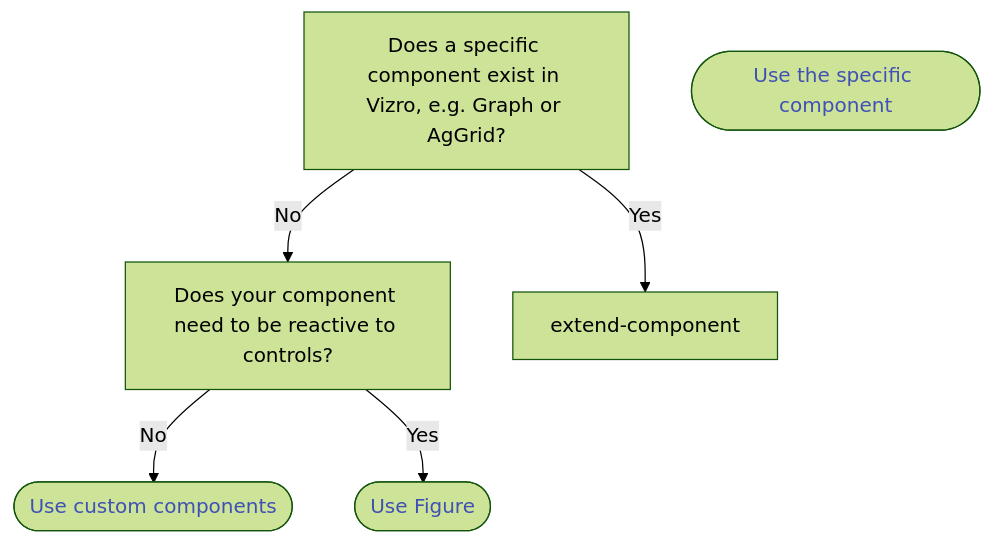
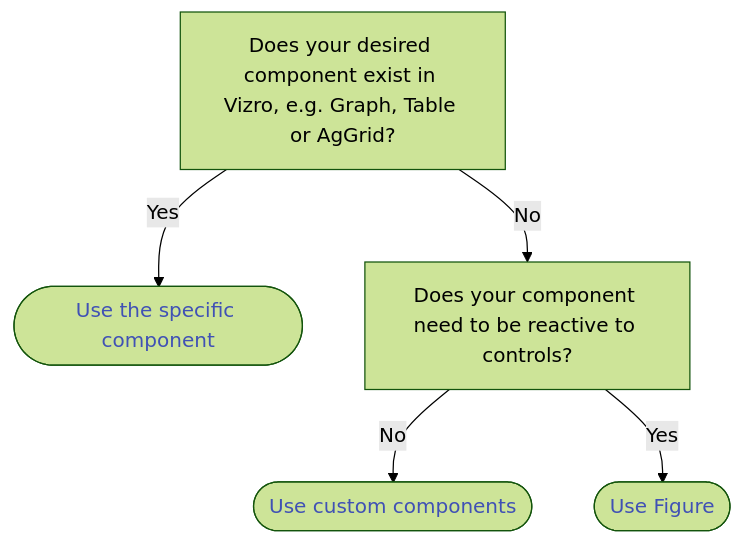
One commit to mckinsey/vizro changed the diagram in vizro-core/docs/pages/user-guides/figure.md. Above: the diagram before and after it, drawn with Mermaid (forest theme). The commit also changed other lines of this file and 3 other files, not shown here.

````diff
--- a/vizro-core/docs/pages/user-guides/figure.md
+++ b/vizro-core/docs/pages/user-guides/figure.md
@@ -15,19 +24,19 @@
 ``` mermaid
 graph TD
-  first["`Does a specific component exist in Vizro, e.g. Graph or AgGrid?`"]
+  first["`Does your desired component exist in Vizro, e.g. Graph, Table or AgGrid?`"]
   specific-component([Use the specific component])
   second["`Does your component need to be reactive to controls?`"]
   second-static([Use custom components])
   second-reactive([Use Figure])
 
-  first -- Yes --> extend-component
+  first -- Yes --> specific-component
   first -- No --> second
   second -- No --> second-static
   second -- Yes --> second-reactive
 
   click specific-component href "../components/"
   click second-static href "../custom-components/"
   click second-reactive href "#how-to-use-figures"
 
   classDef clickable color:#4051b5;
 ```
````
